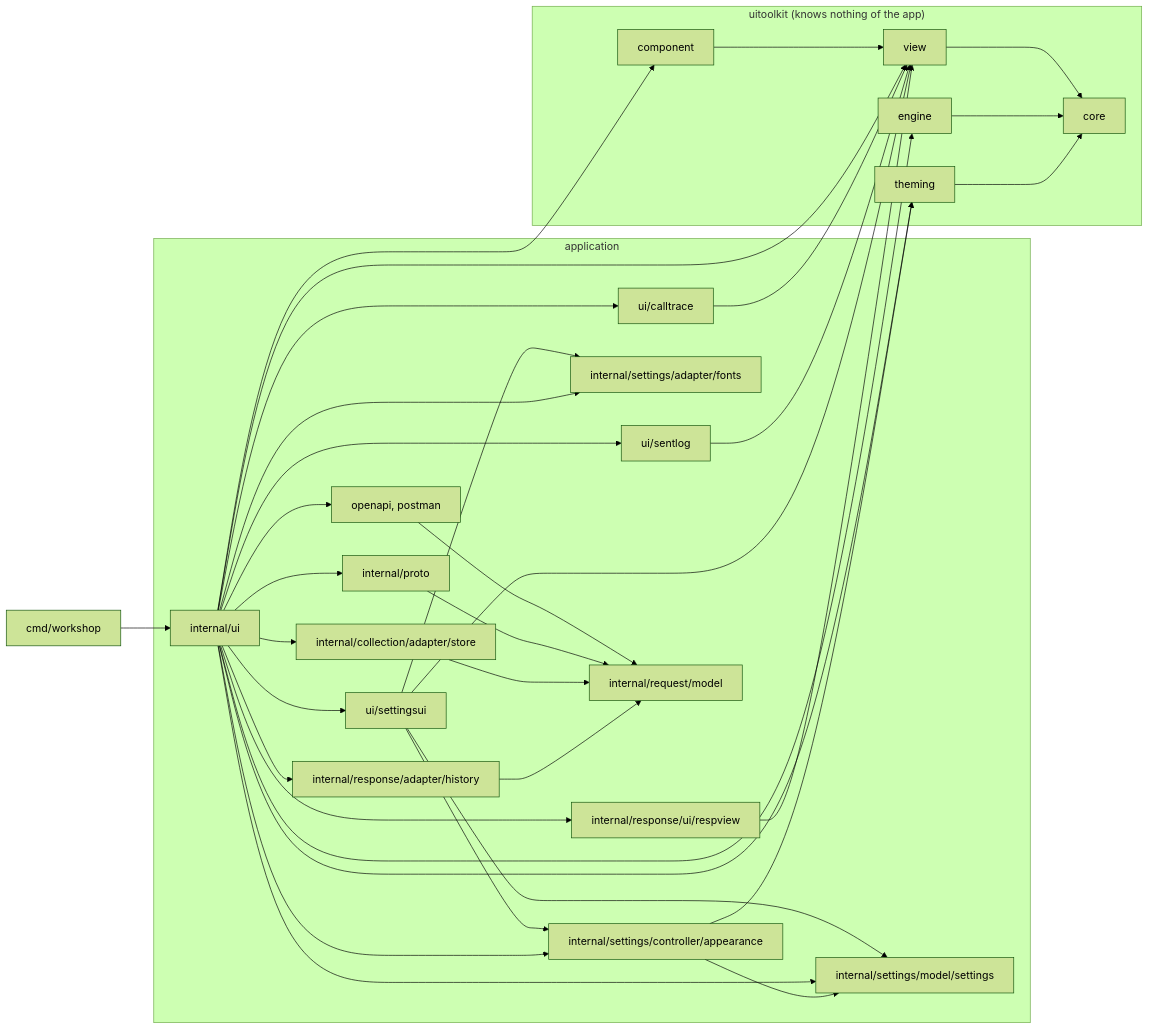
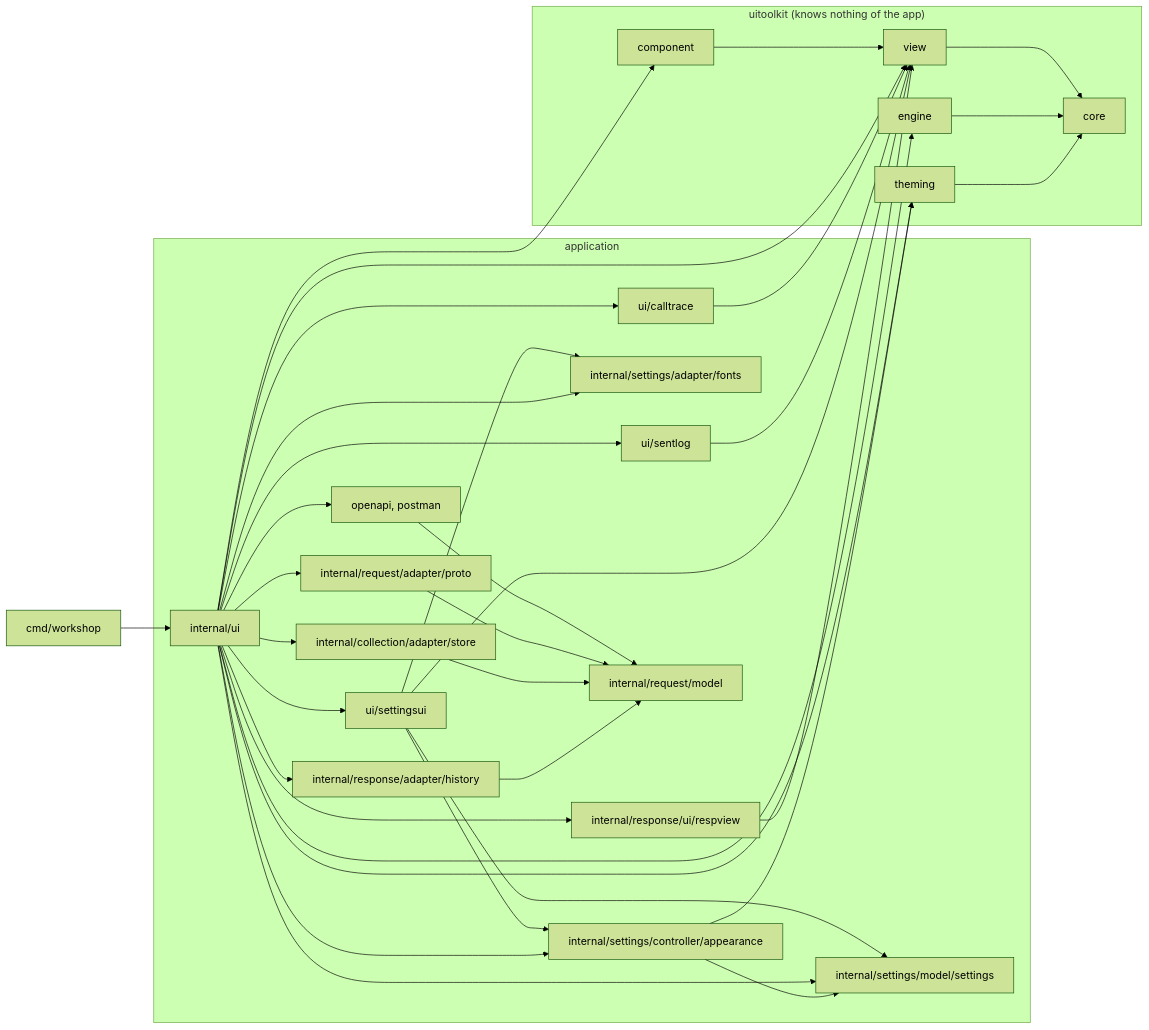
One commit to gascoigne-ai/gascoigne-workshop changed the diagram in .harness/architecture.md. Above: the diagram before and after it, drawn with Mermaid (forest theme). The commit also changed other lines of this file and 52 other files, not shown here.

First line of the commit message:
refactor(request): proto moves to adapter; MCP schema helpers to model

````diff
--- a/.harness/architecture.md
+++ b/.harness/architecture.md
@@ -5,40 +5,40 @@
 ```mermaid
 flowchart LR
   cmd["cmd/workshop"] --> ui["internal/ui"]
   subgraph app["application"]
     ui --> calltrace["ui/calltrace"]
     ui --> sentlog["ui/sentlog"]
     ui --> settingsui["ui/settingsui"]
     settingsui --> settings
     settingsui --> fonts
     settingsui --> appearance
     ui --> appearance["internal/settings/controller/appearance"]
     ui --> respview["internal/response/ui/respview"]
     ui --> store["internal/collection/adapter/store"]
     ui --> imports["openapi, postman"]
     ui --> fonts["internal/settings/adapter/fonts"]
     ui --> history["internal/response/adapter/history"]
     ui --> settings["internal/settings/model/settings"]
-    ui --> proto["internal/proto"]
+    ui --> proto["internal/request/adapter/proto"]
     imports --> model["internal/request/model"]
     proto --> model
     store --> model
     history --> model
   end
   subgraph toolkit["uitoolkit (knows nothing of the app)"]
     component["component"] --> view["view"]
     view --> core["core"]
     engine["engine"] --> core
     theming["theming"] --> core
   end
   ui --> component
   ui --> view
   ui --> engine
   ui --> theming
   calltrace --> view
   sentlog --> view
   settingsui --> view
   appearance --> theming
   appearance --> settings
   respview --> view
 ```
````
